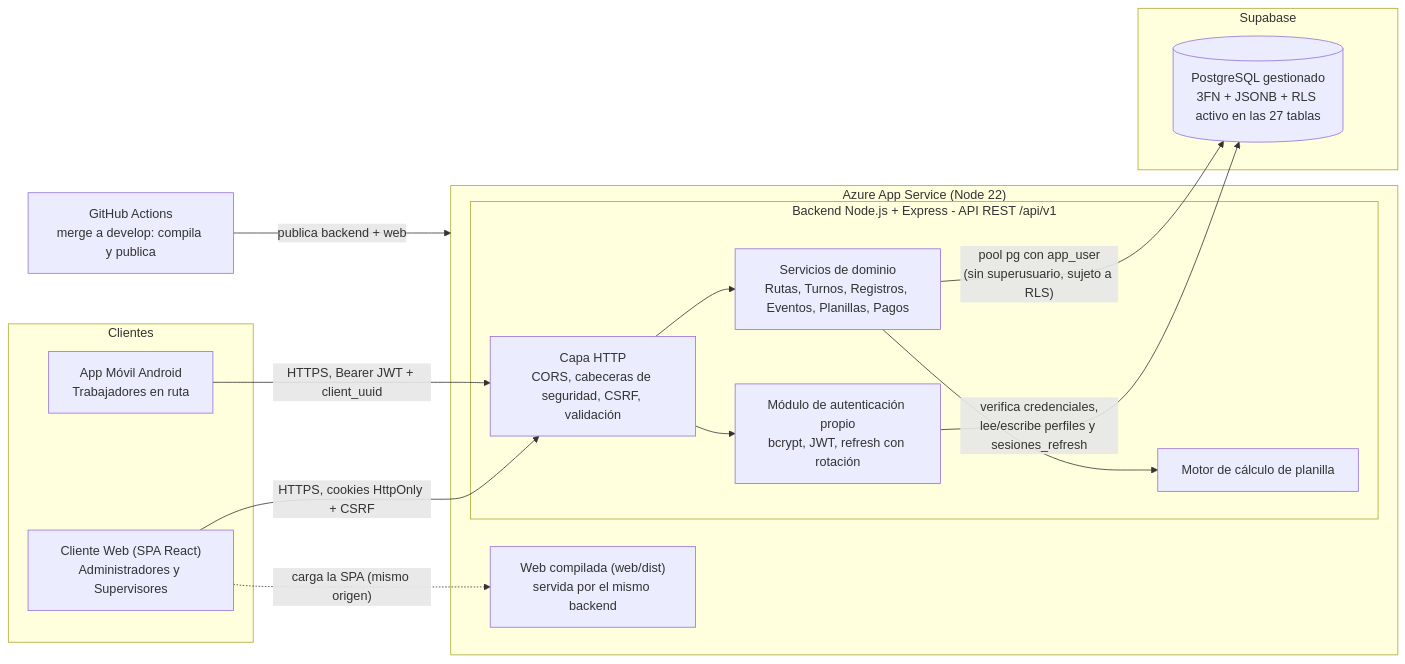
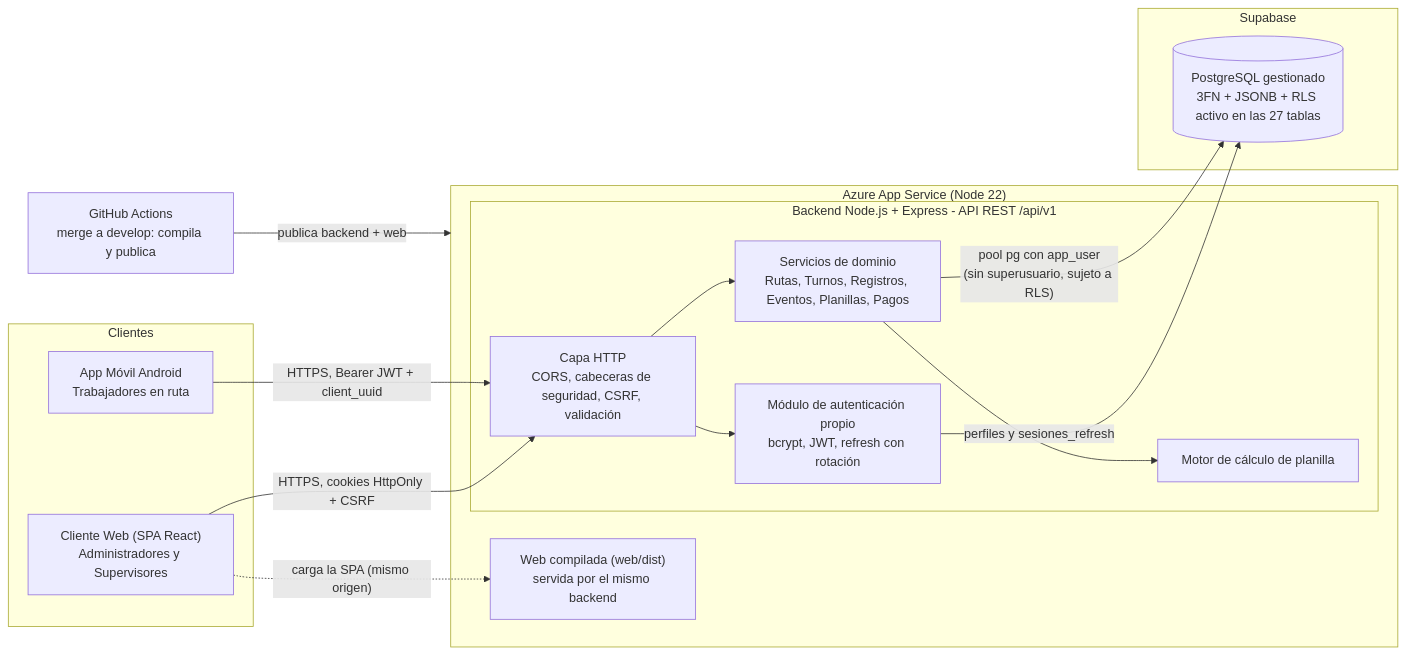
Before and after one commit to AgosAnt/planilla-sis: the first of 4 diagrams in docs/arquitectura-tecnica.md, drawn with Mermaid. The commit also changed other lines of this file and 2 other files, not shown here.

````diff
--- a/docs/arquitectura-tecnica.md
+++ b/docs/arquitectura-tecnica.md
@@ -138,28 +110,28 @@
 ```mermaid
 flowchart LR
   subgraph Clientes["Clientes"]
     W["Cliente Web (SPA React)<br/>Administradores y Supervisores"]
     M["App Móvil Android<br/>Trabajadores en ruta"]
   end
   subgraph AZ["Azure App Service (Node 22)"]
     subgraph BE["Backend Node.js + Express - API REST /api/v1"]
       GW["Capa HTTP<br/>CORS, cabeceras de seguridad, CSRF, validación"]
       AUTH["Módulo de autenticación propio<br/>bcrypt, JWT, refresh con rotación"]
       SVC["Servicios de dominio<br/>Rutas, Turnos, Registros, Eventos, Planillas, Pagos"]
       CALC["Motor de cálculo de planilla"]
       GW --> AUTH
       GW --> SVC --> CALC
     end
     STATIC["Web compilada (web/dist)<br/>servida por el mismo backend"]
   end
   subgraph SB["Supabase"]
     PG[("PostgreSQL gestionado<br/>3FN + JSONB + RLS activo en las 27 tablas")]
   end
   GH["GitHub Actions<br/>merge a develop: compila y publica"]
   W -- "HTTPS, cookies HttpOnly + CSRF" --> GW
   W -. "carga la SPA (mismo origen)" .-> STATIC
   M -- "HTTPS, Bearer JWT + client_uuid" --> GW
-  AUTH -- "verifica credenciales,<br/>lee/escribe perfiles y sesiones_refresh" --> PG
+  AUTH -- "perfiles y sesiones_refresh" --> PG
   SVC -- "pool pg con app_user<br/>(sin superusuario, sujeto a RLS)" --> PG
   GH -- "publica backend + web" --> AZ
 ```
````
